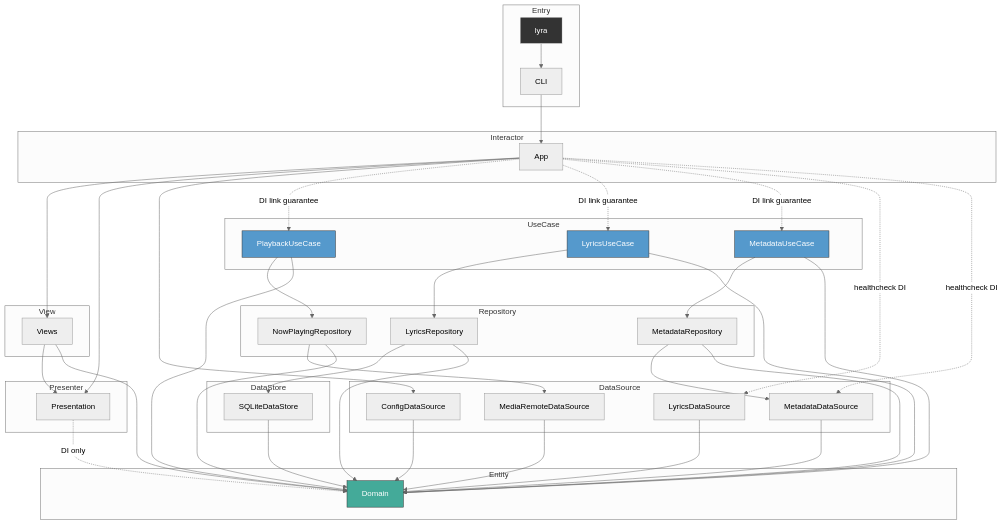
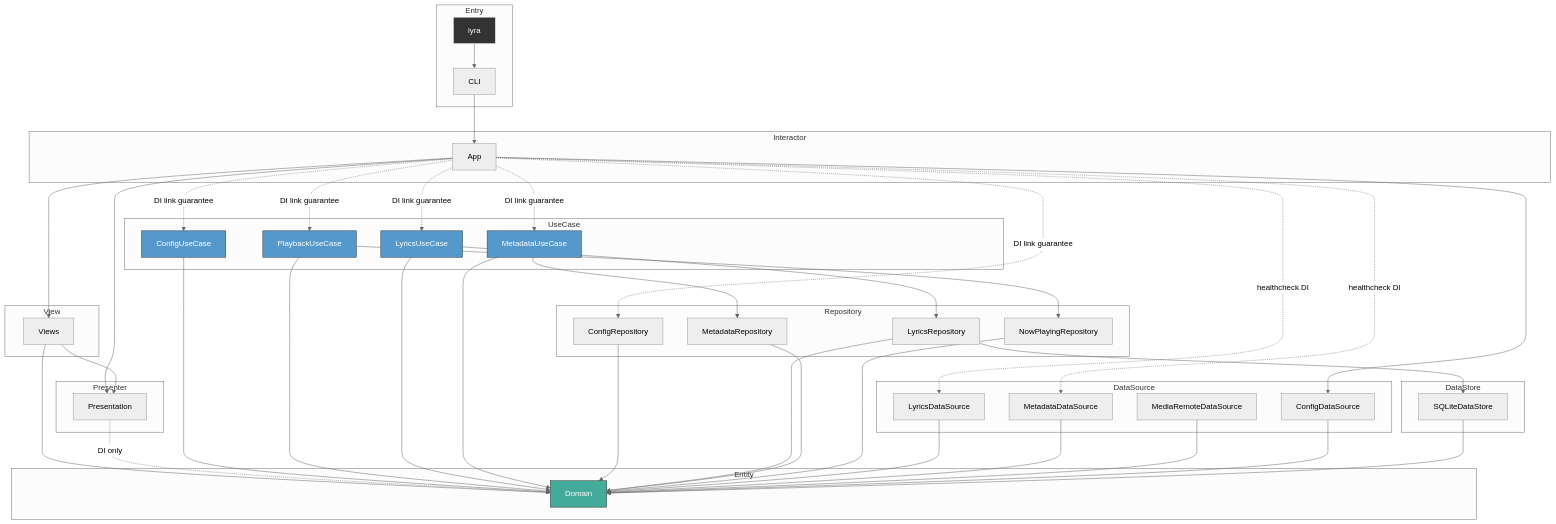
Before and after one commit to GeneralD/backdrop: the diagram in CLAUDE.md, drawn with Mermaid (neutral theme). The commit also changed other lines of this file and 59 other files, not shown here.

````diff
--- a/CLAUDE.md
+++ b/CLAUDE.md
@@ -22,71 +22,76 @@
 ```mermaid
 graph TD
     subgraph Entry
         lyra[lyra]
         CLI[CLI]
     end
 
     subgraph View
         Views[Views]
     end
 
     subgraph Interactor
         App[App]
     end
 
     subgraph Presenter
         Presentation[Presentation]
     end
 
     subgraph Entity
         Domain[Domain]
     end
 
     subgraph UseCase
+        ConfigUseCase[ConfigUseCase]
         PlaybackUseCase[PlaybackUseCase]
         LyricsUseCase[LyricsUseCase]
         MetadataUseCase[MetadataUseCase]
     end
 
     subgraph Repository
+        ConfigRepository[ConfigRepository]
         LyricsRepository[LyricsRepository]
         MetadataRepository[MetadataRepository]
         NowPlayingRepository[NowPlayingRepository]
     end
 
     subgraph DataSource
         LyricsDataSource[LyricsDataSource]
         MetadataDataSource[MetadataDataSource]
         ConfigDataSource[ConfigDataSource]
         MediaRemoteDataSource[MediaRemoteDataSource]
     end
 
     subgraph DataStore
         SQLiteDataStore[SQLiteDataStore]
     end
 
     lyra --> CLI
     CLI --> App
     App --> Views & Presentation & ConfigDataSource
-    App -.->|DI link guarantee| PlaybackUseCase & LyricsUseCase & MetadataUseCase
+    App -.->|DI link guarantee| ConfigUseCase & ConfigRepository & PlaybackUseCase & LyricsUseCase & MetadataUseCase
     App -.->|healthcheck DI| LyricsDataSource & MetadataDataSource
     Views --> Presentation & Domain
     Presentation -.->|DI only| Domain
+    ConfigUseCase --> Domain
     PlaybackUseCase --> NowPlayingRepository & Domain
     LyricsUseCase --> LyricsRepository & Domain
     MetadataUseCase --> MetadataRepository & Domain
+    ConfigRepository --> Domain
     LyricsRepository --> SQLiteDataStore & Domain
-    MetadataRepository --> MetadataDataSource & Domain
-    NowPlayingRepository --> MediaRemoteDataSource & Domain
+    MetadataRepository --> Domain
+    NowPlayingRepository --> Domain
     LyricsDataSource --> Domain
     MetadataDataSource --> Domain
     MediaRemoteDataSource --> Domain
     ConfigDataSource --> Domain
     SQLiteDataStore --> Domain
 
     style Domain fill:#4a9,stroke:#333,color:#fff
+    style ConfigUseCase fill:#59c,stroke:#333,color:#fff
     style PlaybackUseCase fill:#59c,stroke:#333,color:#fff
     style LyricsUseCase fill:#59c,stroke:#333,color:#fff
     style MetadataUseCase fill:#59c,stroke:#333,color:#fff
     style lyra fill:#333,stroke:#fff,color:#fff
 ```
````
